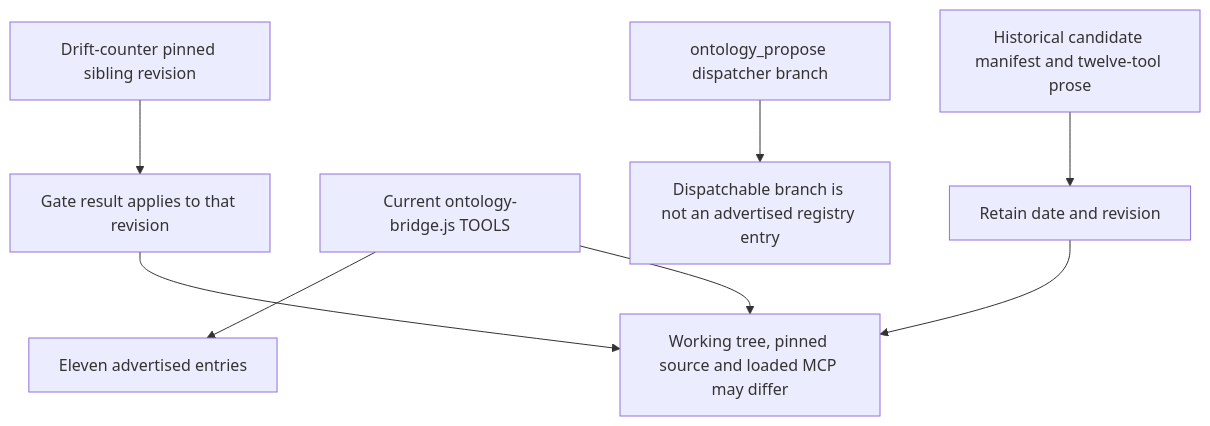
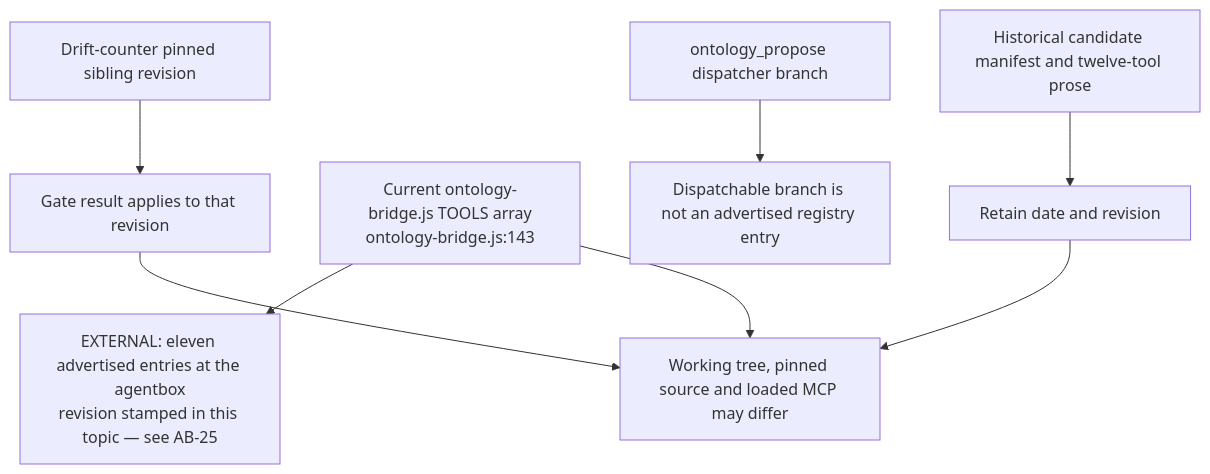
One commit to DreamLab-AI/VisionFlow changed the fifth of 10 diagrams in docs/diagrams/visionflow/08-compatibility-and-dependency-direction.md. Above: the diagram before and after it, drawn with Mermaid. The commit also changed other lines of this file and 7 other files, not shown here.

````diff
--- a/docs/diagrams/visionflow/08-compatibility-and-dependency-direction.md
+++ b/docs/diagrams/visionflow/08-compatibility-and-dependency-direction.md
@@ -119,10 +119,10 @@
 ```mermaid
 flowchart TB
     OLD["Historical candidate manifest and twelve-tool prose"] --> DATE["Retain date and revision"]
-    CURRENT["Current ontology-bridge.js TOOLS"] --> ELEVEN["Eleven advertised entries"]
+    CURRENT["Current ontology-bridge.js TOOLS array<br/>ontology-bridge.js:143"] --> ELEVEN["EXTERNAL: eleven advertised entries at the agentbox<br/>revision stamped in this topic — see AB-25"]
     DISPATCH["ontology_propose dispatcher branch"] --> SEPARATE["Dispatchable branch is not an advertised registry entry"]
     PIN["Drift-counter pinned sibling revision"] --> PINNED["Gate result applies to that revision"]
     CURRENT --> QUALIFY["Working tree, pinned source and loaded MCP may differ"]
     PINNED --> QUALIFY
     DATE --> QUALIFY
 ```
````
